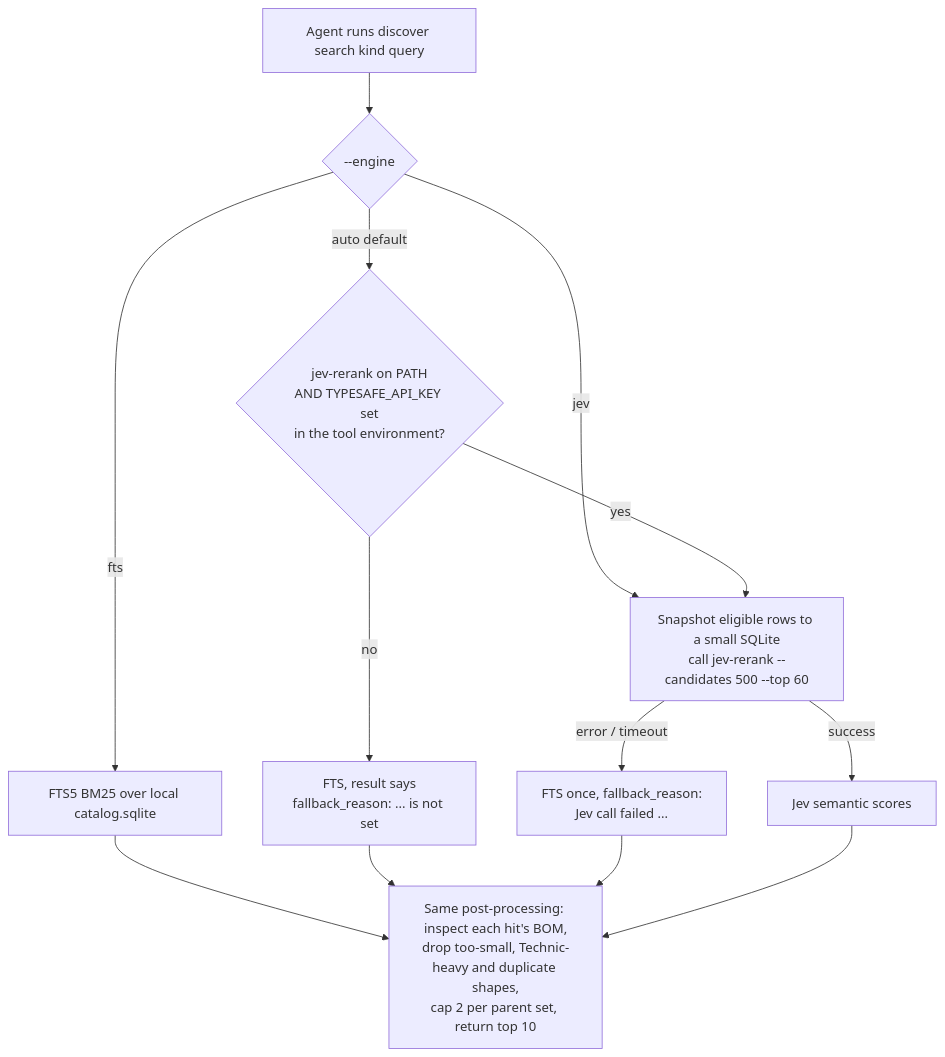
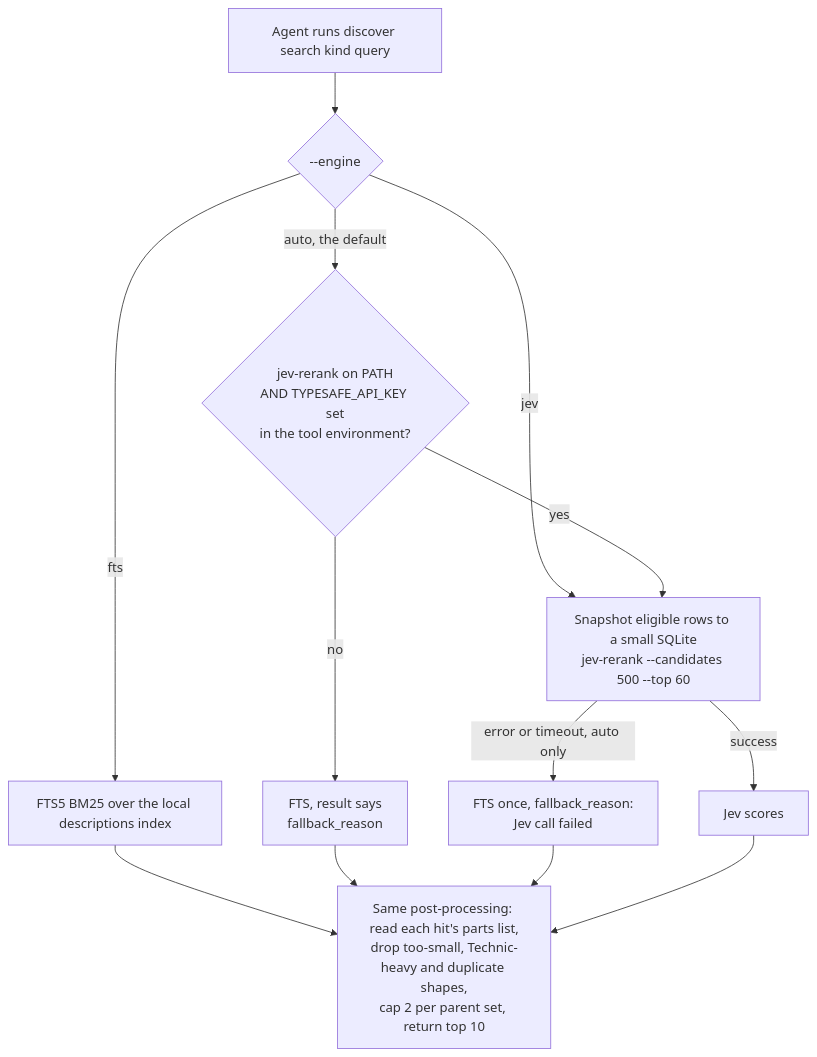
One commit to AlessioNar/ldraw-nova changed the first of 2 diagrams in docs/system/jev-and-search.md. Above: the diagram before and after it, drawn with Mermaid. The commit also changed other lines of this file and 22 other files, not shown here.

````diff
--- a/docs/system/jev-and-search.md
+++ b/docs/system/jev-and-search.md
@@ -53,12 +11,12 @@
 ```mermaid
 flowchart TD
   A[Agent runs discover search kind query] --> B{"--engine"}
-  B -- fts --> F[FTS5 BM25 over local catalog.sqlite]
+  B -- fts --> F[FTS5 BM25 over the local descriptions index]
   B -- jev --> J
-  B -- auto default --> C{"jev-rerank on PATH<br/>AND TYPESAFE_API_KEY set<br/>in the tool environment?"}
-  C -- no --> F2[FTS, result says<br/>fallback_reason: ... is not set]
-  C -- yes --> J["Snapshot eligible rows to a small SQLite<br/>call jev-rerank --candidates 500 --top 60"]
-  J -- success --> R[Jev semantic scores]
-  J -- error / timeout --> F3[FTS once, fallback_reason:<br/>Jev call failed ...]
-  F & F2 & F3 & R --> P[Same post-processing: inspect each hit's BOM,<br/>drop too-small, Technic-heavy and duplicate shapes,<br/>cap 2 per parent set, return top 10]
+  B -- auto, the default --> C{"jev-rerank on PATH<br/>AND TYPESAFE_API_KEY set<br/>in the tool environment?"}
+  C -- no --> F2[FTS, result says<br/>fallback_reason]
+  C -- yes --> J["Snapshot eligible rows to a small SQLite<br/>jev-rerank --candidates 500 --top 60"]
+  J -- success --> R[Jev scores]
+  J -- error or timeout, auto only --> F3[FTS once, fallback_reason:<br/>Jev call failed]
+  F & F2 & F3 & R --> P[Same post-processing: read each hit's parts list,<br/>drop too-small, Technic-heavy and duplicate shapes,<br/>cap 2 per parent set, return top 10]
 ```
````
